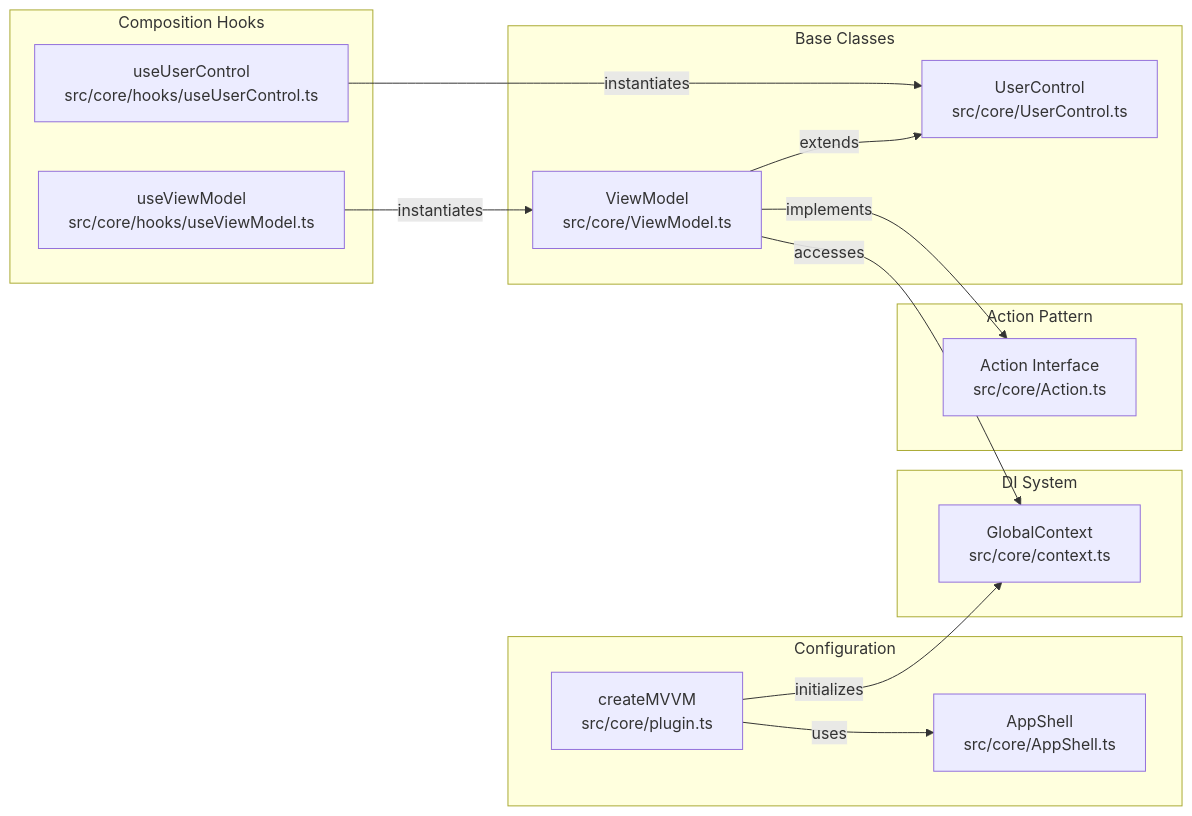
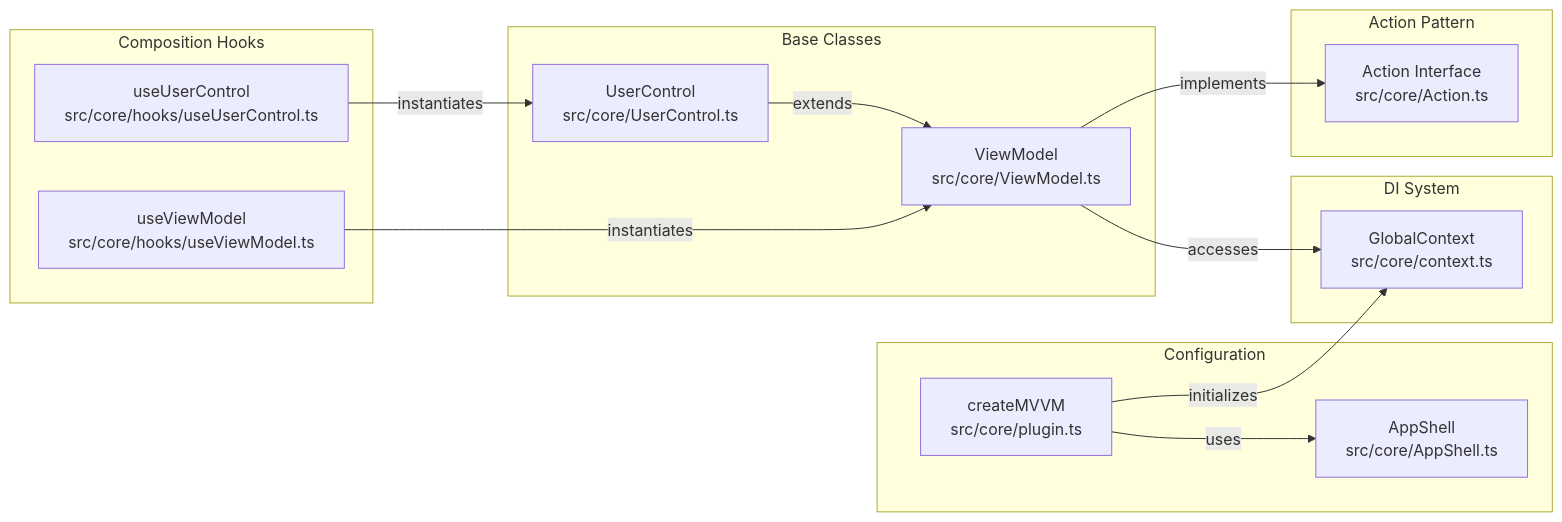
The diagram in docs/overview.md (bytelab-studio/vue-mvvm), drawn with Mermaid before and after one commit. The commit also changed other lines of this file and 14 other files, not shown here.

````diff
--- a/docs/overview.md
+++ b/docs/overview.md
@@ -47,46 +49,41 @@
 ```mermaid
 flowchart LR
-    %% ==== Subgraphs / Groups ====
-
+%% ==== Subgraphs / Groups ====
     subgraph CompositionHooks[Composition Hooks]
         CH1[useViewModel<br/>src/core/hooks/useViewModel.ts]
         CH2[useUserControl<br/>src/core/hooks/useUserControl.ts]
     end
 
     subgraph Configuration[Configuration]
         CFG1[createMVVM<br/>src/core/plugin.ts]
         CFG2[AppShell<br/>src/core/AppShell.ts]
     end
 
     subgraph DISystem[DI System]
         DI1[GlobalContext<br/>src/core/context.ts]
     end
 
     subgraph ActionPattern[Action Pattern]
         ACT1[Action Interface<br/>src/core/Action.ts]
     end
 
     subgraph BaseClasses[Base Classes]
         BC1[UserControl<br/>src/core/UserControl.ts]
         BC2[ViewModel<br/>src/core/ViewModel.ts]
     end
 
-    %% ==== Relationships ====
+%% ==== Relationships ====
 
-    %% Composition Hooks to Base Classes
+%% Composition Hooks to Base Classes
     CH1 -- instantiates --> BC2
     CH2 -- instantiates --> BC1
-
-    %% Base Class inheritance
-    BC2 -- extends --> BC1
-
-    %% MVVM initialization
+%% Base Class inheritance
+    BC1 -- extends --> BC2
+%% MVVM initialization
     CFG1 -- uses --> CFG2
     CFG1 -- initializes --> DI1
-
-    %% ViewModel implements Action Interface
+%% ViewModel implements Action Interface
     BC2 -- implements --> ACT1
-
-    %% ViewModel accesses GlobalContext
+%% ViewModel accesses GlobalContext
     BC2 -- accesses --> DI1
 ```
````
